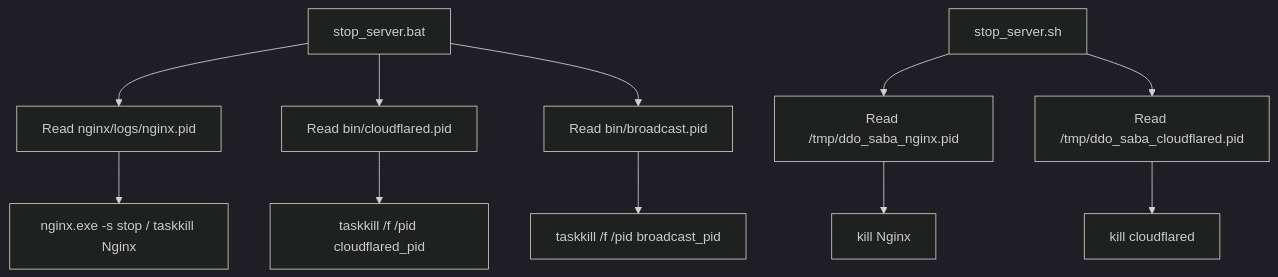
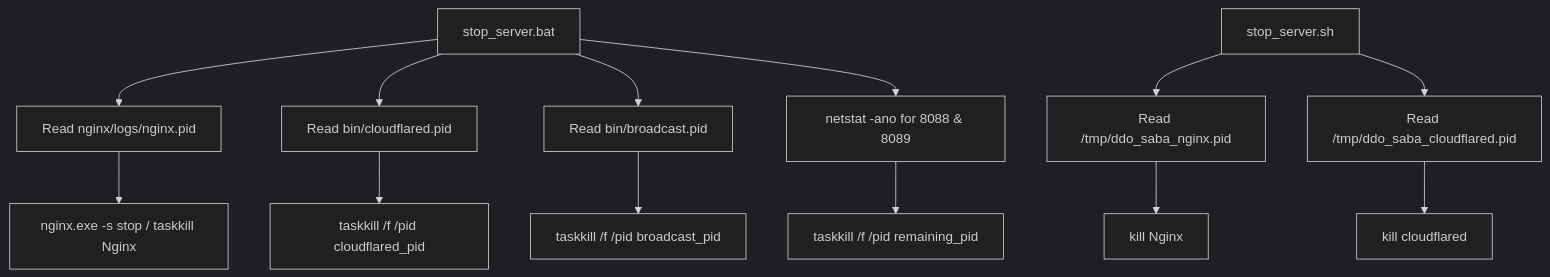
The diagram in docs/variables'n'functions/[Batch]stop_server.md (DovahkiinYuzuko/ddo-saba), drawn with Mermaid (dark theme) before and after one commit. The commit also changed other lines of this file and 5 other files, not shown here.

````diff
--- a/docs/variables'n'functions/[Batch]stop_server.md
+++ b/docs/variables'n'functions/[Batch]stop_server.md
@@ -32,14 +33,16 @@
 ```mermaid
 graph TD
     stop_server.bat --> ReadNginxPID["Read nginx/logs/nginx.pid"]
     stop_server.bat --> ReadCFPID["Read bin/cloudflared.pid"]
     stop_server.bat --> ReadBCPID["Read bin/broadcast.pid"]
+    stop_server.bat --> ScanPorts["netstat -ano for 8088 & 8089"]
     ReadNginxPID --> StopNginx["nginx.exe -s stop / taskkill Nginx"]
     ReadCFPID --> KillCloudflared["taskkill /f /pid cloudflared_pid"]
     ReadBCPID --> KillBroadcast["taskkill /f /pid broadcast_pid"]
+    ScanPorts --> PortCleanup["taskkill /f /pid remaining_pid"]
     
     stop_server.sh --> ReadUnixNginxPID["Read /tmp/ddo_saba_nginx.pid"]
     stop_server.sh --> ReadUnixCFPID["Read /tmp/ddo_saba_cloudflared.pid"]
     ReadUnixNginxPID --> StopUnixNginx["kill Nginx"]
     ReadUnixCFPID --> KillUnixCloudflared["kill cloudflared"]
 ```
````
